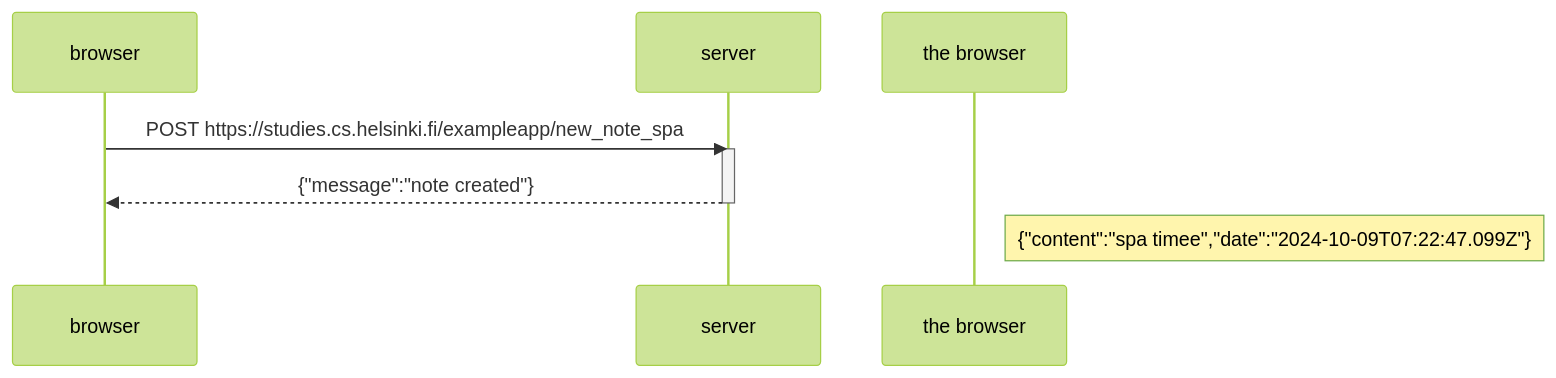
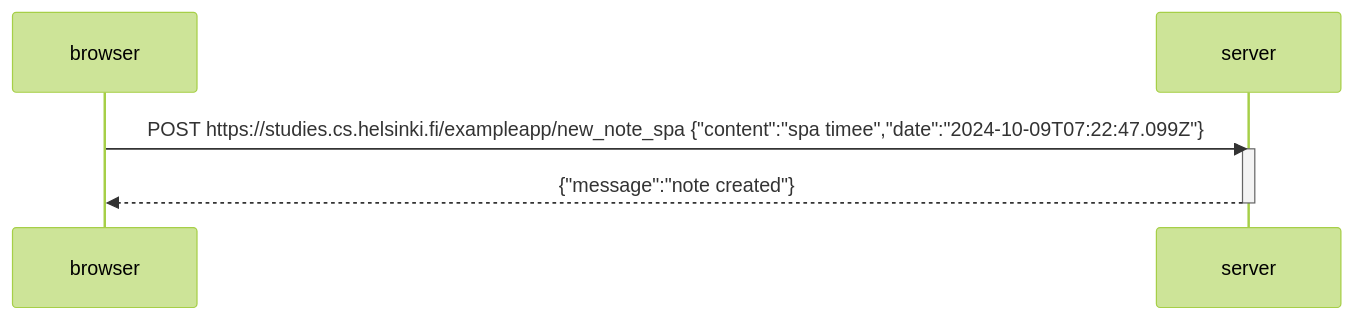
One commit to Kamotecubes/fullstackopencourse changed the diagram in part0/0.6.mermaid. Above: the diagram before and after it, drawn with Mermaid (forest theme).

Commit message:
0.6 exer

```diff
--- a/part0/0.6.mermaid
+++ b/part0/0.6.mermaid
@@ -1,10 +1,8 @@
 sequenceDiagram
     participant browser
     participant server
 
-    browser->>server: POST https://studies.cs.helsinki.fi/exampleapp/new_note_spa
+    browser->>server: POST https://studies.cs.helsinki.fi/exampleapp/new_note_spa {"content":"spa timee","date":"2024-10-09T07:22:47.099Z"}
     activate server
     server-->>browser: {"message":"note created"}
     deactivate server
-
-    Note right of the browser: {"content":"spa timee","date":"2024-10-09T07:22:47.099Z"}
```
